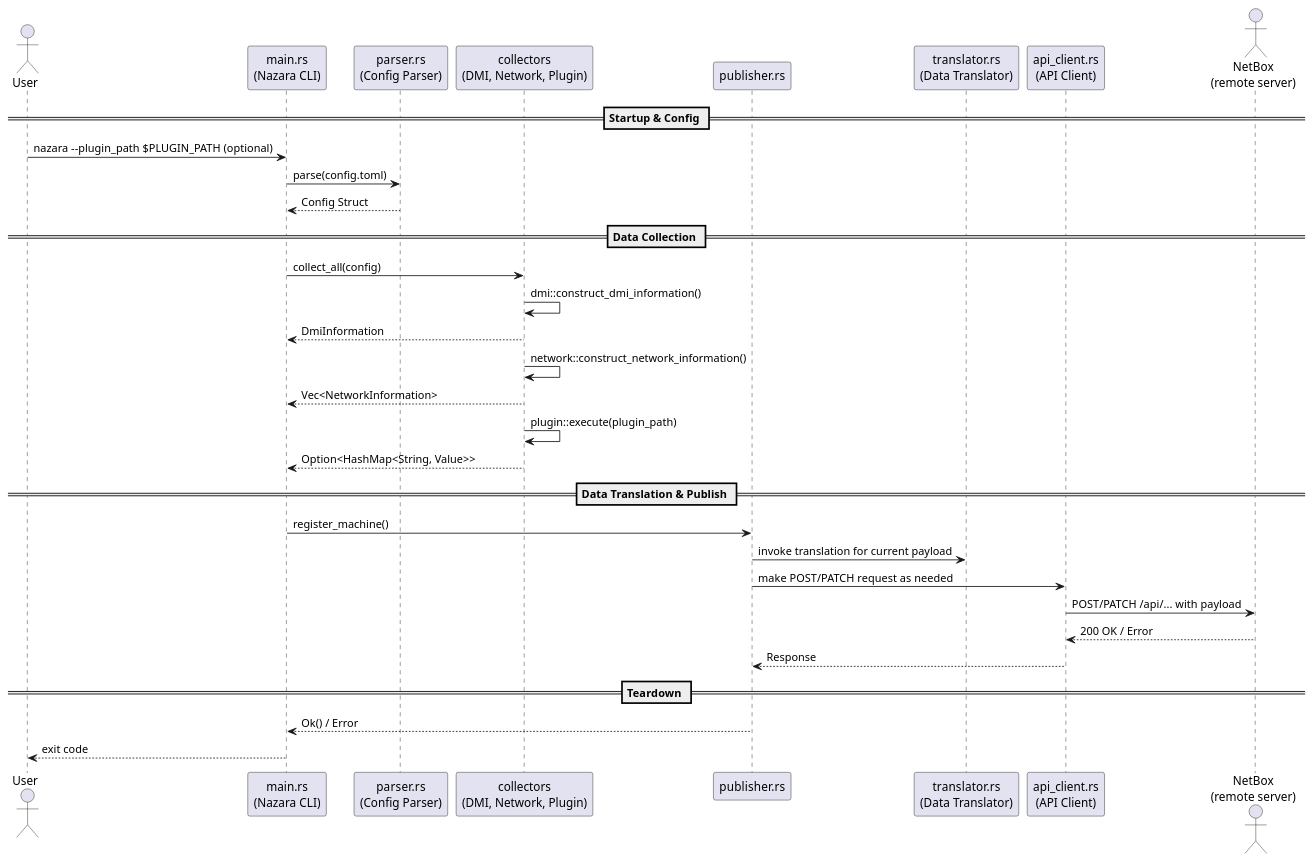
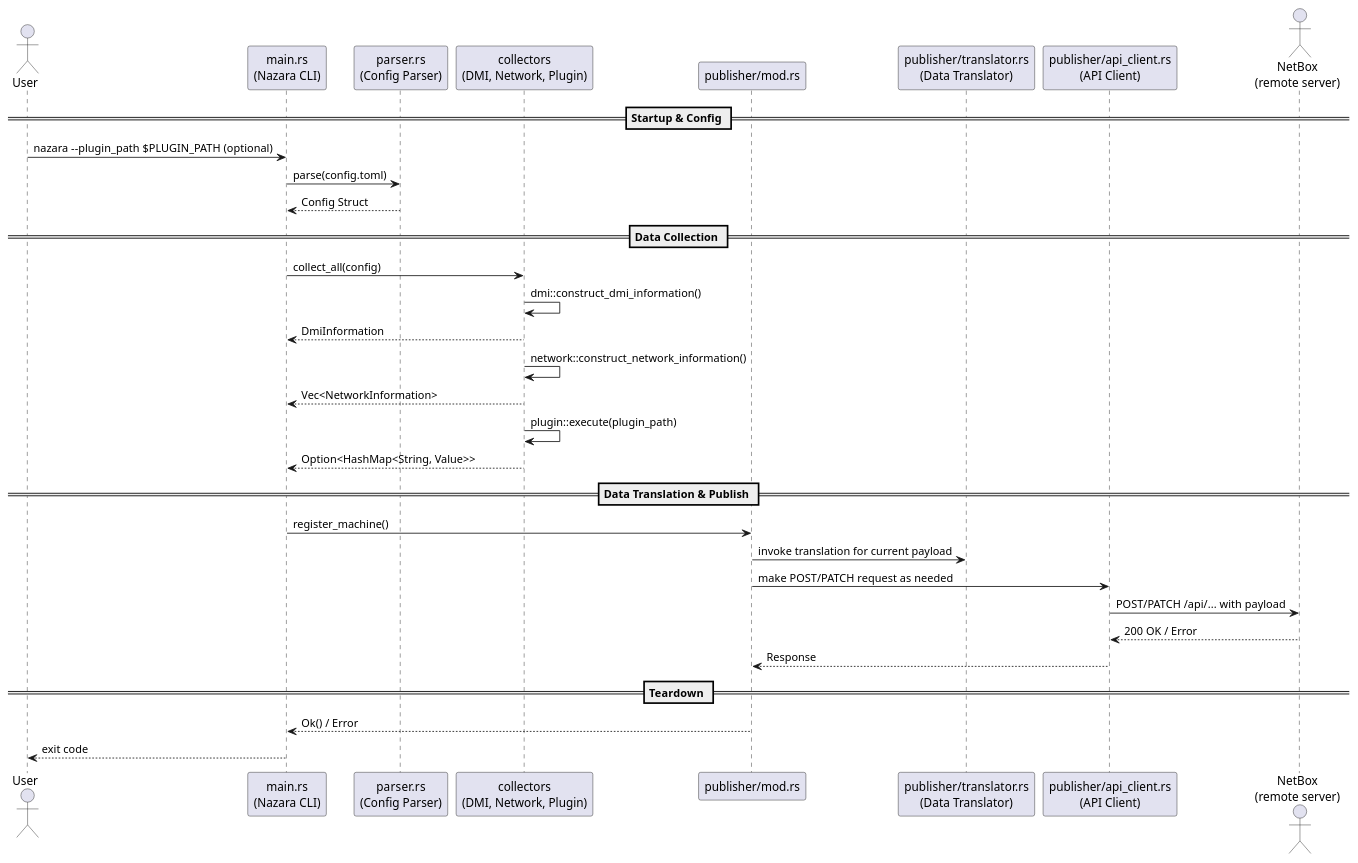
The second of 2 diagrams in docs/src/design/001-architecture.md (The-Nazara-Project/Nazara), drawn with PlantUML before and after one commit. The commit also changed other lines of this file and 2 other files, not shown here.

Commit message:
Docs: Fix description in architecture guide

````diff
--- a/docs/src/design/001-architecture.md
+++ b/docs/src/design/001-architecture.md
@@ -97,42 +97,42 @@
 ```plantuml
 
 @startuml
 actor User
 
 participant "main.rs\n(Nazara CLI)" as Main
 participant "parser.rs\n(Config Parser)" as Parser
 participant "collectors\n(DMI, Network, Plugin)" as Collectors
-participant "publisher.rs" as Publisher
-participant "translator.rs\n(Data Translator)" as Translator
-participant "api_client.rs\n(API Client)" as APIClient
+participant "publisher/mod.rs" as Publisher
+participant "publisher/translator.rs\n(Data Translator)" as Translator
+participant "publisher/api_client.rs\n(API Client)" as APIClient
 actor "NetBox\n(remote server)" as NetBox
 
 == Startup & Config ==
 User -> Main : nazara --plugin_path $PLUGIN_PATH (optional)
 Main -> Parser : parse(config.toml)
 Parser --> Main : Config Struct
 
 == Data Collection ==
 Main -> Collectors : collect_all(config)
 Collectors -> Collectors : dmi::construct_dmi_information()
 Collectors --> Main : DmiInformation
 Collectors -> Collectors : network::construct_network_information()
 Collectors --> Main : Vec<NetworkInformation>
 Collectors -> Collectors : plugin::execute(plugin_path)
 Collectors --> Main : Option<HashMap<String, Value>>
 
 == Data Translation & Publish ==
 Main -> Publisher : register_machine()
 Publisher -> Translator : invoke translation for current payload
 Publisher -> APIClient : make POST/PATCH request as needed
 APIClient -> NetBox : POST/PATCH /api/... with payload
 NetBox --> APIClient : 200 OK / Error
 APIClient --> Publisher : Response
 
 
 == Teardown ==
 Publisher --> Main : Ok() / Error 
 Main --> User : exit code
 @enduml
 
 ```
````
